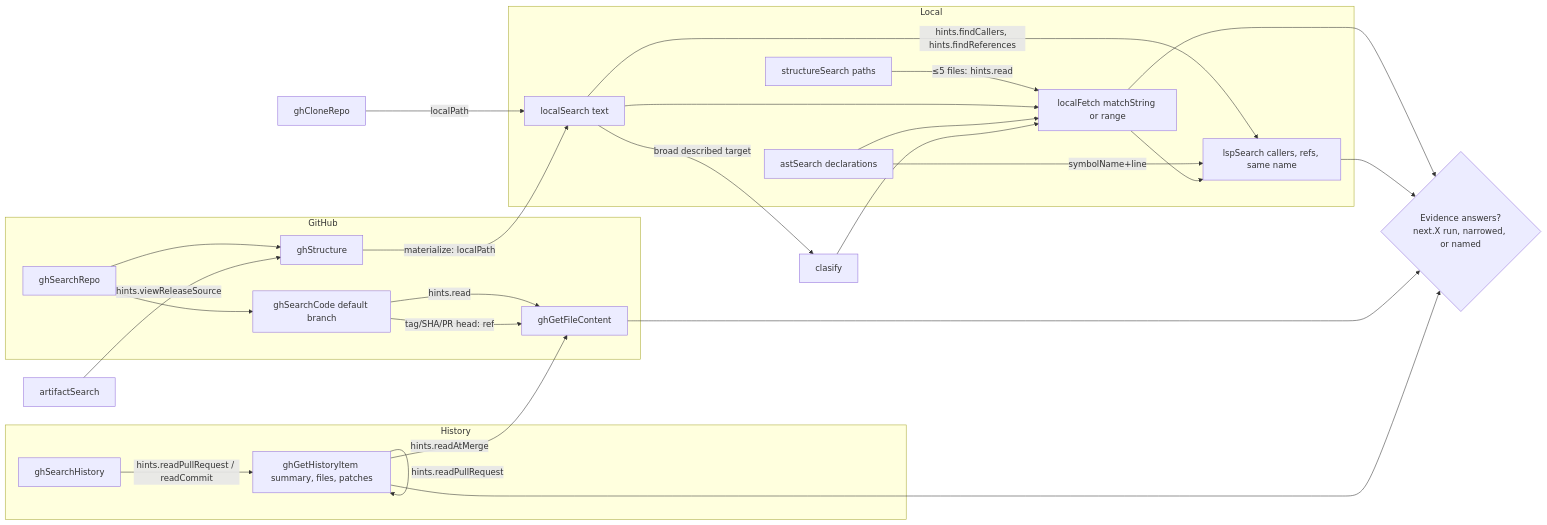
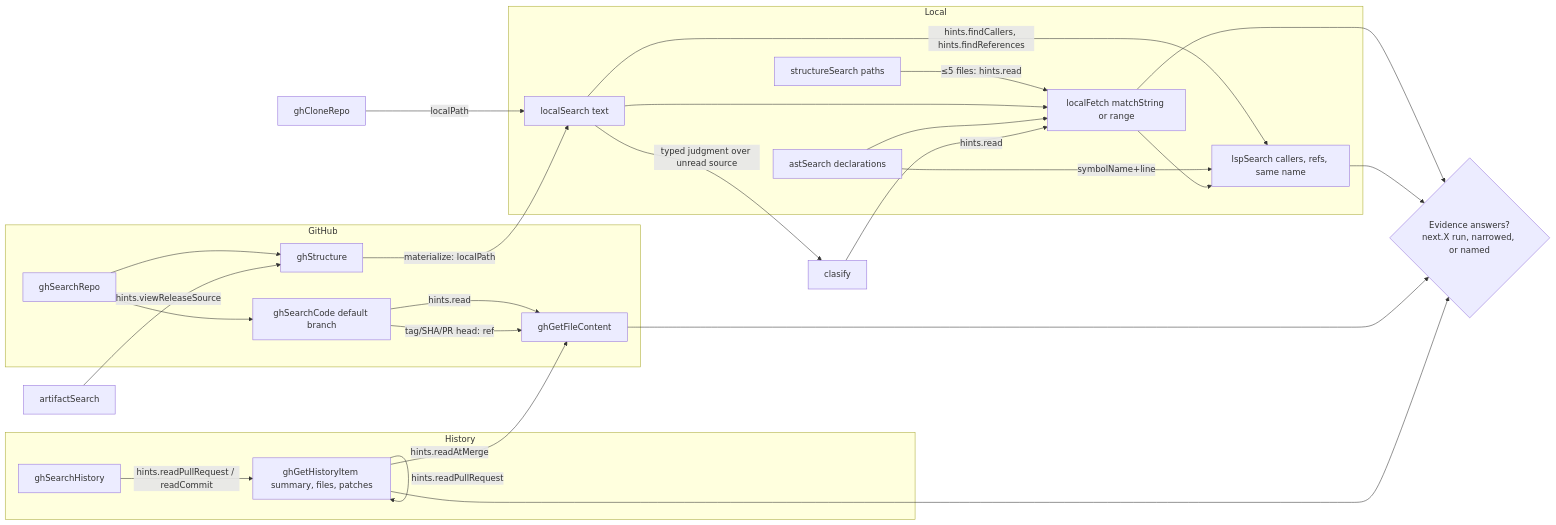
One commit to bgauryy/octocode-mcp changed the first of 8 diagrams in docs/OCTOCODE_WORKFLOWS.md. Above: the diagram before and after it, drawn with Mermaid. The commit also changed other lines of this file and 980 other files, not shown here.

````diff
--- a/docs/OCTOCODE_WORKFLOWS.md
+++ b/docs/OCTOCODE_WORKFLOWS.md
@@ -24,42 +24,42 @@
 ```mermaid
 flowchart LR
   subgraph Local
     SS[structureSearch paths]
     LS[localSearch text]
     AS[astSearch declarations]
     LF[localFetch matchString or range]
     LSP[lspSearch callers, refs, same name]
   end
   subgraph GitHub
     GR[ghSearchRepo]
     GC[ghSearchCode default branch]
     GS[ghStructure]
     GF[ghGetFileContent]
   end
   subgraph History
     GH[ghSearchHistory]
     GI[ghGetHistoryItem summary, files, patches]
   end
   AR[artifactSearch]
   CR[ghCloneRepo]
   CL[clasify]
   DONE{Evidence answers?<br/>next.X run, narrowed, or named}
   SS -->|"≤5 files: hints.read"| LF
   LS & AS --> LF
   LS -->|hints.findCallers, hints.findReferences| LSP
   AS -->|symbolName+line| LSP
   LF --> LSP
   GR --> GC & GS
   GC -->|hints.read| GF
   GC -->|"tag/SHA/PR head: ref"| GF
   GH -->|hints.readPullRequest / readCommit| GI
   GI -->|next.continuePatch / nextFilePage| GI
   GI -->|hints.readPullRequest| GI
   GI -->|hints.readAtMerge| GF
   AR -->|hints.viewReleaseSource| GS
   GS -->|materialize: localPath| LS
   CR -->|localPath| LS
-  LS -->|"broad described target"| CL
-  CL --> LF
+  LS -->|"typed judgment over unread source"| CL
+  CL -->|hints.read| LF
   LF & LSP & GF & GI --> DONE
 ```
````
